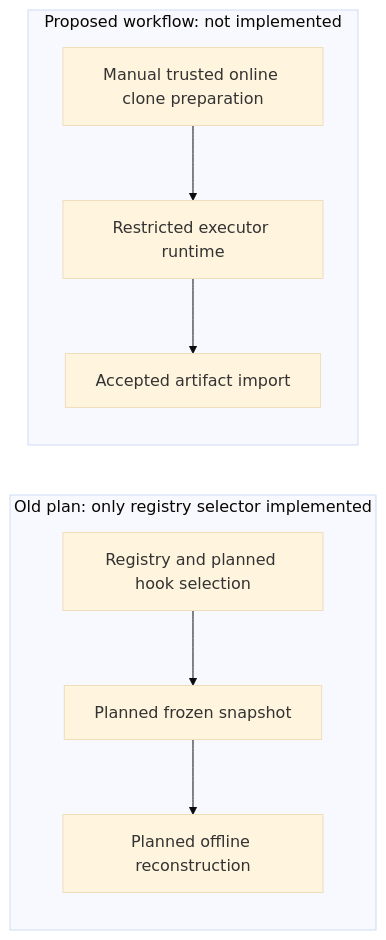
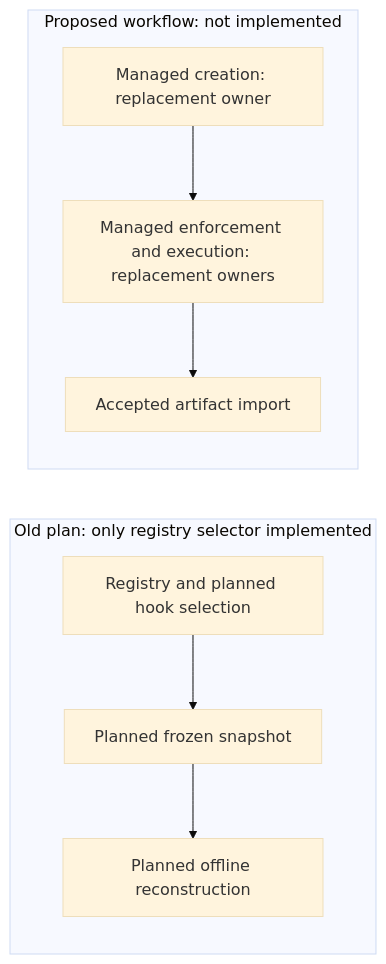
One commit to msitarz/ataraxia changed the diagram in doc/feat/reviewable-workflow-v2/trial-preparation/workflow-efficiency/shallow-executor-clones/implementation/README.md. Above: the diagram before and after it, drawn with Mermaid (base theme). The commit also changed other lines of this file and 13 other files, not shown here.

````diff
--- a/doc/feat/reviewable-workflow-v2/trial-preparation/workflow-efficiency/shallow-executor-clones/implementation/README.md
+++ b/doc/feat/reviewable-workflow-v2/trial-preparation/workflow-efficiency/shallow-executor-clones/implementation/README.md
@@ -16,11 +16,11 @@
 ```mermaid
 flowchart LR
     subgraph Before[Old plan: only registry selector implemented]
         S[Registry and planned hook selection] --> F[Planned frozen snapshot]
         F --> O[Planned offline reconstruction]
     end
     subgraph Proposed[Proposed workflow: not implemented]
-        P[Manual trusted online clone preparation] --> R[Restricted executor runtime]
+        P[Managed creation: replacement owner] --> R[Managed enforcement and execution: replacement owners]
         R --> A[Accepted artifact import]
     end
 ```
````
